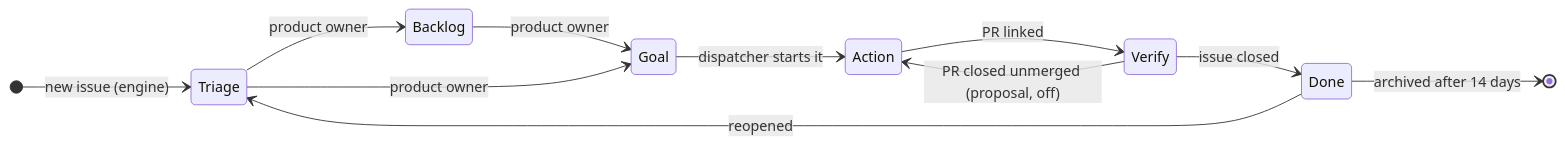
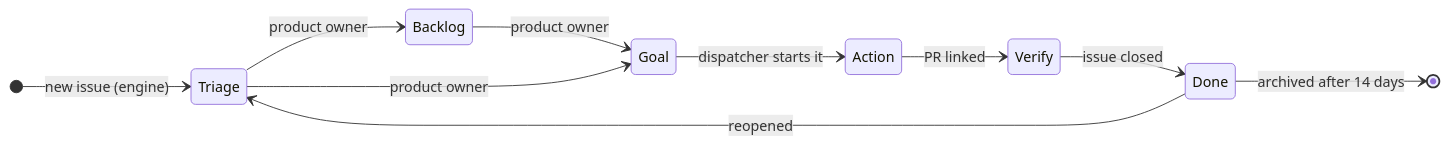
One commit to StefanOOEOrg/.github changed the second of 2 diagrams in PROCESS.md. Above: the diagram before and after it, drawn with Mermaid. The commit also changed 3 other files, not shown here.

Commit message:
docs: drop the switched-off Verify -> Action special case from the loop picture

````diff
--- a/PROCESS.md
+++ b/PROCESS.md
@@ -127,14 +127,13 @@
 ```mermaid
 stateDiagram-v2
   direction LR
   [*] --> Triage: new issue (engine)
   Triage --> Backlog: product owner
   Backlog --> Goal: product owner
   Triage --> Goal: product owner
   Goal --> Action: dispatcher starts it
   Action --> Verify: PR linked
   Verify --> Done: issue closed
-  Verify --> Action: PR closed unmerged (proposal, off)
   Done --> Triage: reopened
   Done --> [*]: archived after 14 days
 ```
````
